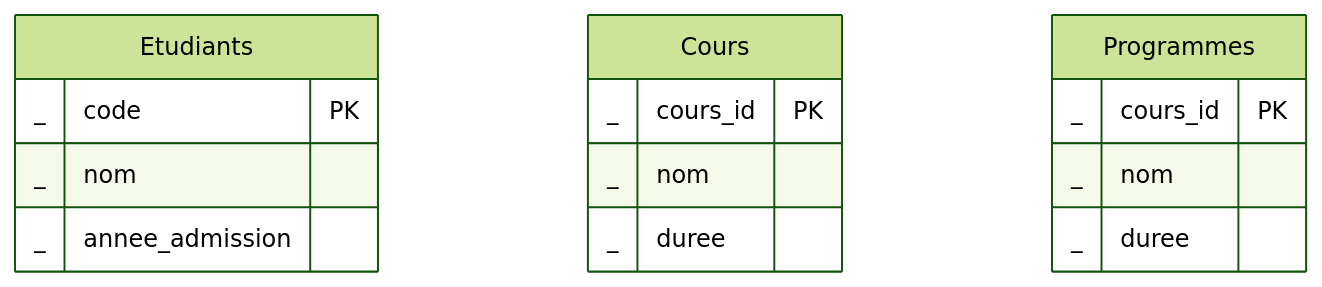
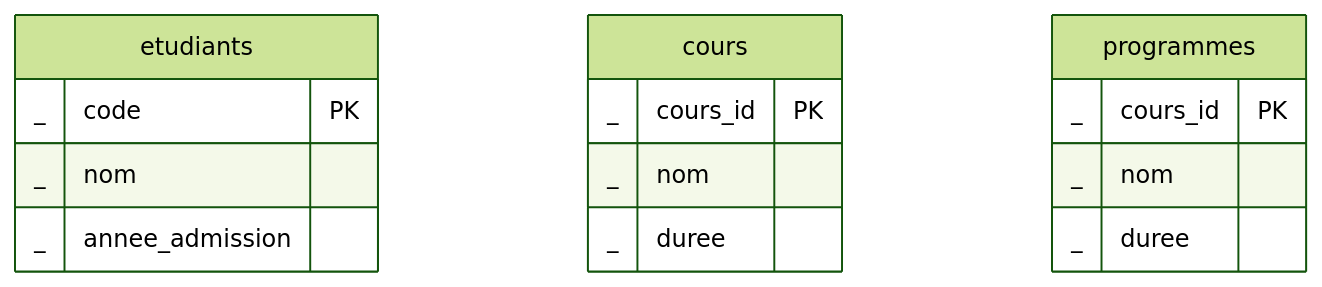
Before and after one commit to cegepvictoetienne/bd1: the first of 3 diagrams in docs/notes_de_cours/section_1.2.md, drawn with Mermaid (forest theme).

Commit message:
minuscule sur tables

````diff
--- a/docs/notes_de_cours/section_1.2.md
+++ b/docs/notes_de_cours/section_1.2.md
@@ -40,20 +40,20 @@
 ``` mermaid
 erDiagram  
-    p[Etudiants] {
+    p[etudiants] {
         _ code PK
         _ nom
         _ annee_admission
     }
 
-    q[Cours] {
+    q[cours] {
         _ cours_id PK
         _ nom
         _ duree
     }
 
-    r[Programmes] {
+    r[programmes] {
         _ cours_id PK
         _ nom
         _ duree
     }
 ```
````
